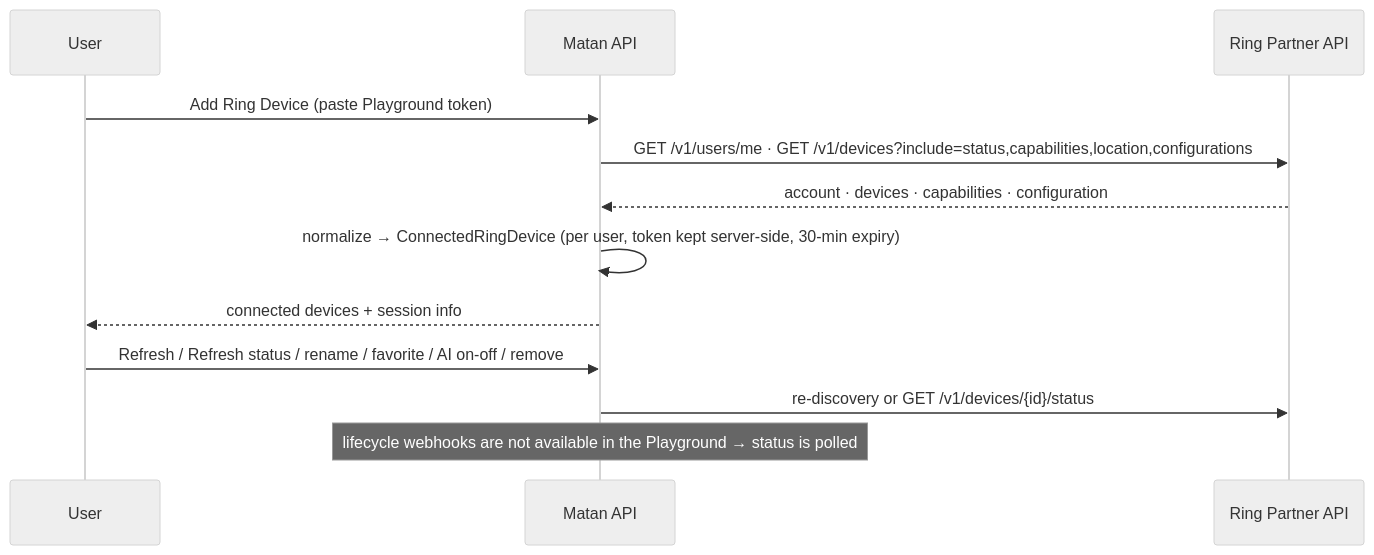
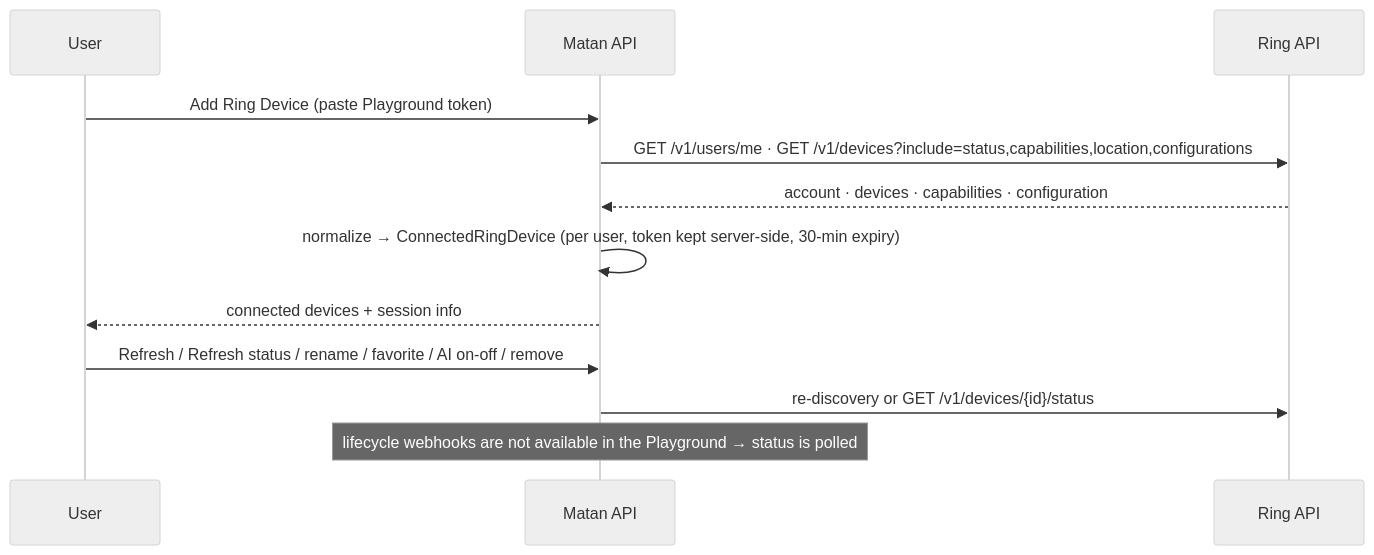
Before and after one commit to ajitonelsonn/matan-ai: the diagram in docs/pages/devices.md, drawn with Mermaid (neutral theme). The commit also changed other lines of this file and 24 other files, not shown here.

First line of the commit message:
Docs: render Mermaid diagrams, fix image sizing, add a diagram linter

````diff
--- a/docs/pages/devices.md
+++ b/docs/pages/devices.md
@@ -11,14 +11,14 @@
 ```mermaid
 sequenceDiagram
   participant U as User
   participant M as Matan API
-  participant R as Ring Partner API
+  participant R as Ring API
   U->>M: Add Ring Device (paste Playground token)
   M->>R: GET /v1/users/me · GET /v1/devices?include=status,capabilities,location,configurations
   R-->>M: account · devices · capabilities · configuration
   M->>M: normalize → ConnectedRingDevice (per user, token kept server-side, 30-min expiry)
   M-->>U: connected devices + session info
   U->>M: Refresh / Refresh status / rename / favorite / AI on-off / remove
   M->>R: re-discovery or GET /v1/devices/{id}/status
   Note over M: lifecycle webhooks are not available in the Playground → status is polled
 ```
````
